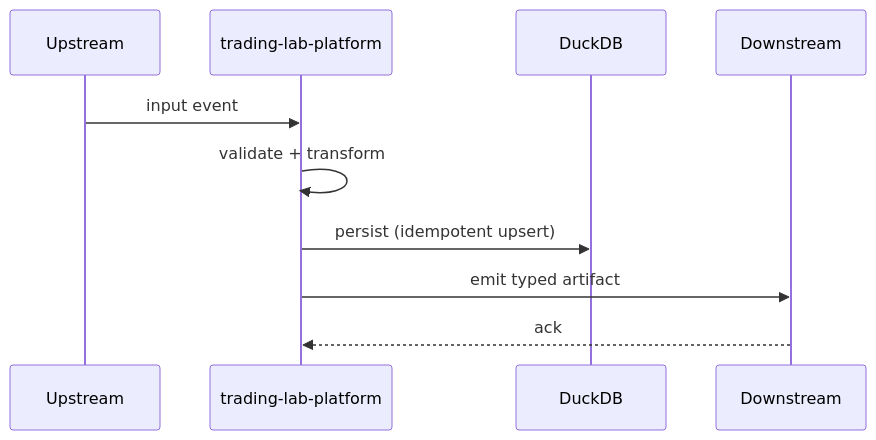
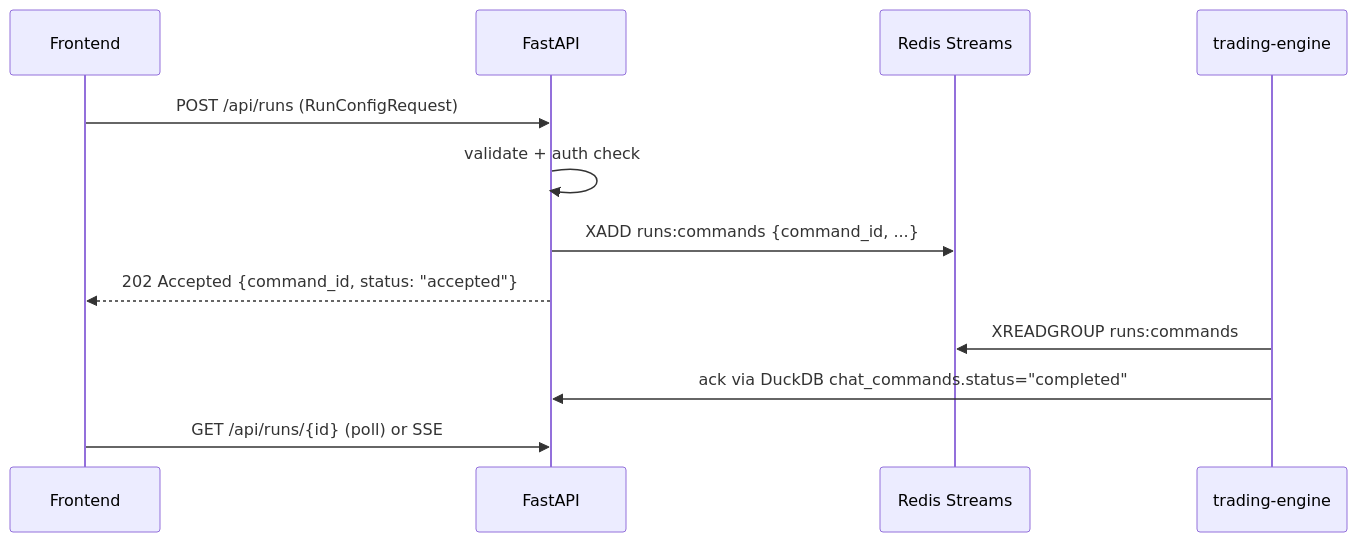
The eighth of 10 diagrams in specs/trading-lab-platform/design.md (finalFlick/market-prediction), drawn with Mermaid before and after one commit. The commit also changed other lines of this file and 54 other files, not shown here.

First line of the commit message:
spec(trading-lab): finalize platform task system

````diff
--- a/specs/trading-lab-platform/design.md
+++ b/specs/trading-lab-platform/design.md
@@ -155,13 +3083,14 @@
 ```mermaid
 sequenceDiagram
-    participant U as Upstream
-    participant F as trading-lab-platform
-    participant D as DuckDB
-    participant L as Downstream
-
-    U->>F: input event
-    F->>F: validate + transform
-    F->>D: persist (idempotent upsert)
-    F->>L: emit typed artifact
-    L-->>F: ack
+    participant FE as Frontend
+    participant BE as FastAPI
+    participant RS as Redis Streams
+    participant ENG as trading-engine
+    FE->>BE: POST /api/runs (RunConfigRequest)
+    BE->>BE: validate + auth check
+    BE->>RS: XADD runs:commands {command_id, ...}
+    BE-->>FE: 202 Accepted {command_id, status: "accepted"}
+    ENG->>RS: XREADGROUP runs:commands
+    ENG->>BE: ack via DuckDB chat_commands.status="completed"
+    FE->>BE: GET /api/runs/{id} (poll) or SSE
 ```
````
